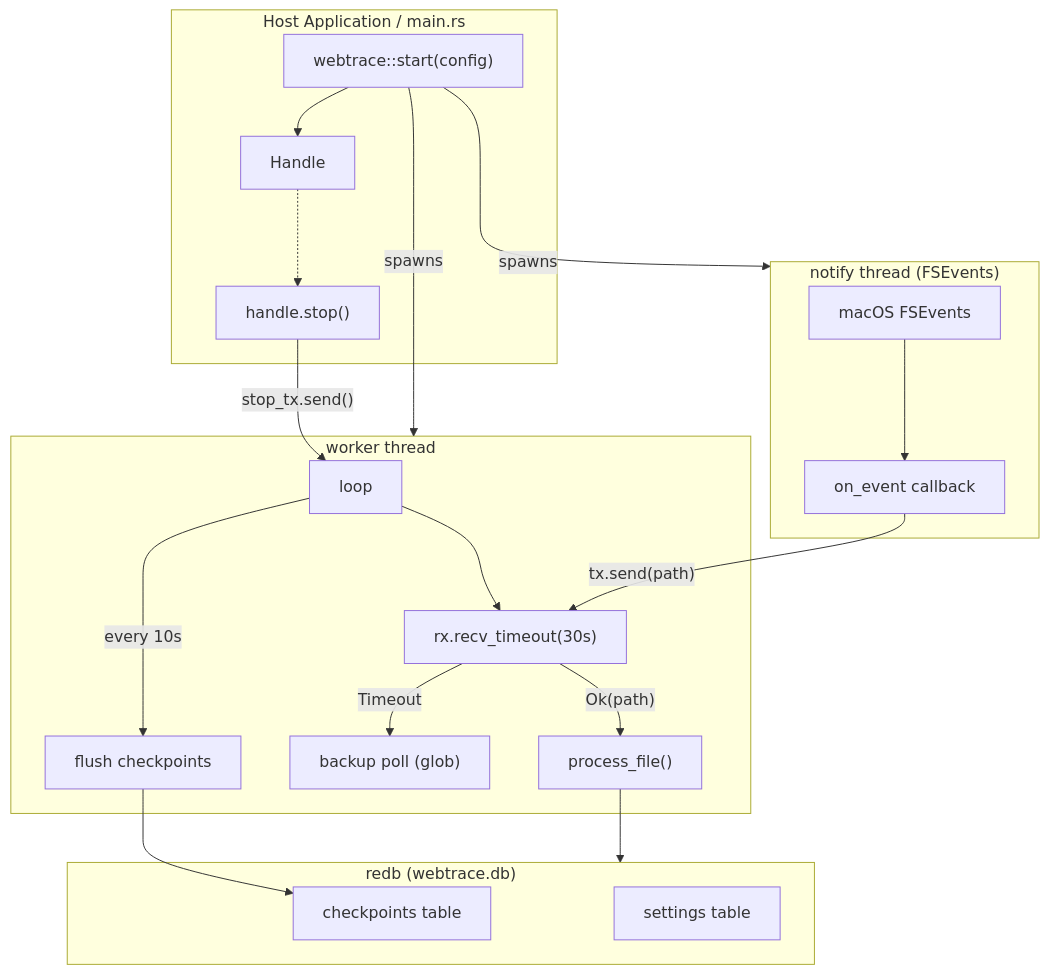
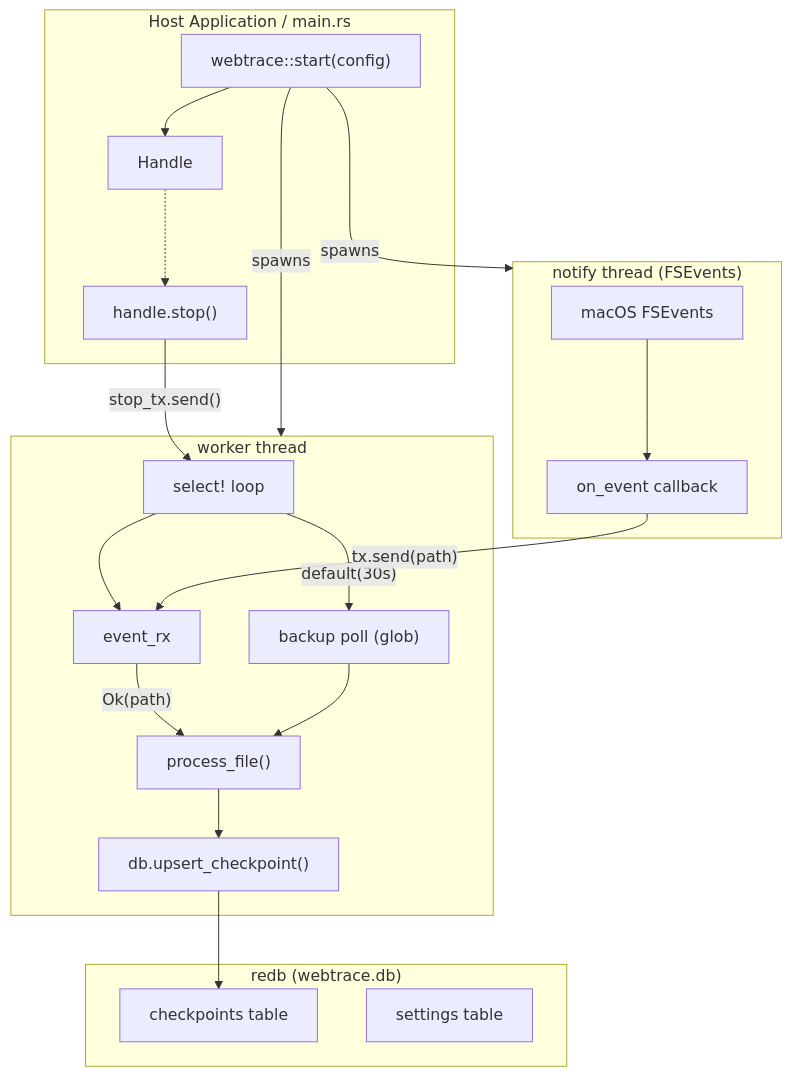
The first of 4 diagrams in README.md (korjwl1/toki), drawn with Mermaid before and after one commit. The commit also changed other lines of this file and 8 other files, not shown here.

````diff
--- a/README.md
+++ b/README.md
@@ -76,43 +77,43 @@
 ```mermaid
 flowchart TB
     subgraph Host["Host Application / main.rs"]
         start["webtrace::start(config)"]
         handle["Handle"]
         stop["handle.stop()"]
         start --> handle
         handle -.-> stop
     end
 
     start -->|spawns| NT
     start -->|spawns| WT
 
     subgraph NT["notify thread (FSEvents)"]
         fsevents["macOS FSEvents"]
         callback["on_event callback"]
         fsevents --> callback
     end
 
     subgraph WT["worker thread"]
-        loop["loop"]
-        recv["rx.recv_timeout(30s)"]
+        loop["select! loop"]
+        recv["event_rx"]
         process["process_file()"]
         poll["backup poll (glob)"]
-        flush["flush checkpoints"]
+        db_write["db.upsert_checkpoint()"]
         loop --> recv
         recv -->|"Ok(path)"| process
-        recv -->|Timeout| poll
-        loop -->|"every 10s"| flush
+        process --> db_write
+        loop -->|"default(30s)"| poll
     end
 
     callback -->|"tx.send(path)"| recv
 
     subgraph DB["redb (webtrace.db)"]
         checkpoints["checkpoints table"]
         settings["settings table"]
     end
 
-    flush --> checkpoints
-    process --> DB
+    db_write --> checkpoints
+    poll --> process
 
     stop -->|"stop_tx.send()"| loop
 ```
````
